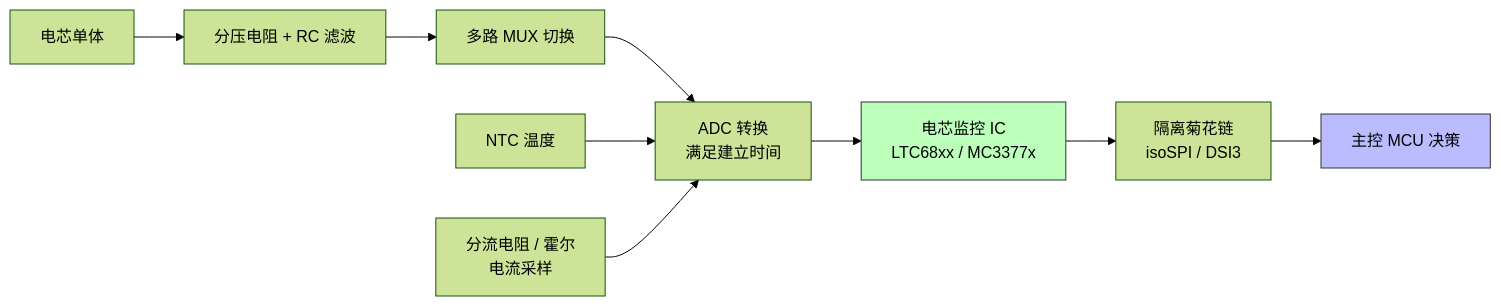
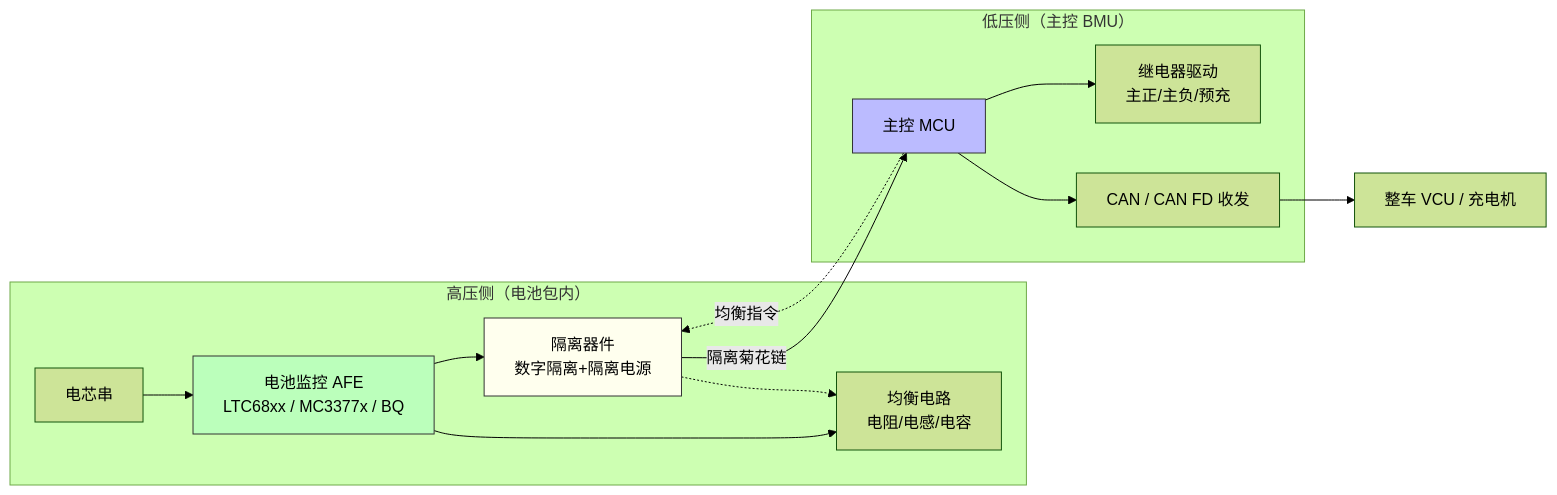
The third of 8 diagrams in articles/10-bms-system.md (1208826038/embedded-skill-notes), drawn with Mermaid (forest theme) before and after one commit. The commit also changed other lines of this file, not shown here.

````diff
--- a/articles/10-bms-system.md
+++ b/articles/10-bms-system.md
@@ -74,13 +523,29 @@
 ```mermaid
-flowchart LR
-    电芯["电芯单体"] --> 分压["分压电阻 + RC 滤波"]
-    分压 --> MUX["多路 MUX 切换"]
-    MUX --> ADC["ADC 转换<br/>满足建立时间"]
-    ADC --> IC["电芯监控 IC<br/>LTC68xx / MC3377x"]
-    IC --> 菊花链["隔离菊花链<br/>isoSPI / DSI3"]
-    菊花链 --> 主控["主控 MCU 决策"]
-    温度["NTC 温度"] --> ADC
-    电流["分流电阻 / 霍尔<br/>电流采样"] --> ADC
-    style IC fill:#bfb,stroke:#333
-    style 主控 fill:#bbf,stroke:#333
+graph LR
+    subgraph 高压侧["高压侧（电池包内）"]
+        CELL["电芯串"]
+        AFE["电池监控 AFE<br/>LTC68xx / MC3377x / BQ"]
+        BALHW["均衡电路<br/>电阻/电感/电容"]
+        ISO["隔离器件<br/>数字隔离+隔离电源"]
+    end
+    subgraph 低压侧["低压侧（主控 BMU）"]
+        MCU["主控 MCU"]
+        RELAY["继电器驱动<br/>主正/主负/预充"]
+        CAN["CAN / CAN FD 收发"]
+    end
+    整车["整车 VCU / 充电机"]
+
+    CELL --> AFE
+    AFE --> BALHW
+    AFE --> ISO
+    ISO -->|"隔离菊花链"| MCU
+    MCU --> RELAY
+    MCU --> CAN
+    CAN --> 整车
+    MCU -.->|"均衡指令"| ISO
+    ISO -.-> BALHW
+
+    style AFE fill:#bfb,stroke:#333
+    style MCU fill:#bbf,stroke:#333
+    style ISO fill:#ffe,stroke:#333
 ```
````
